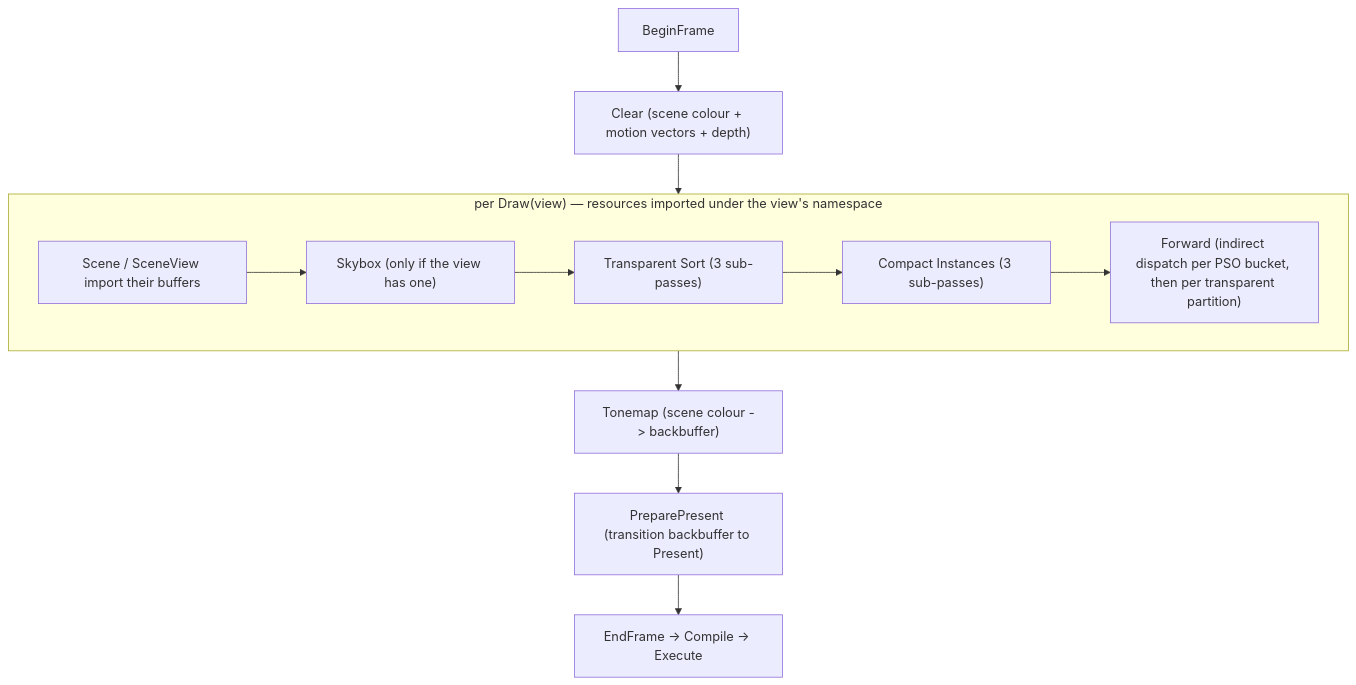
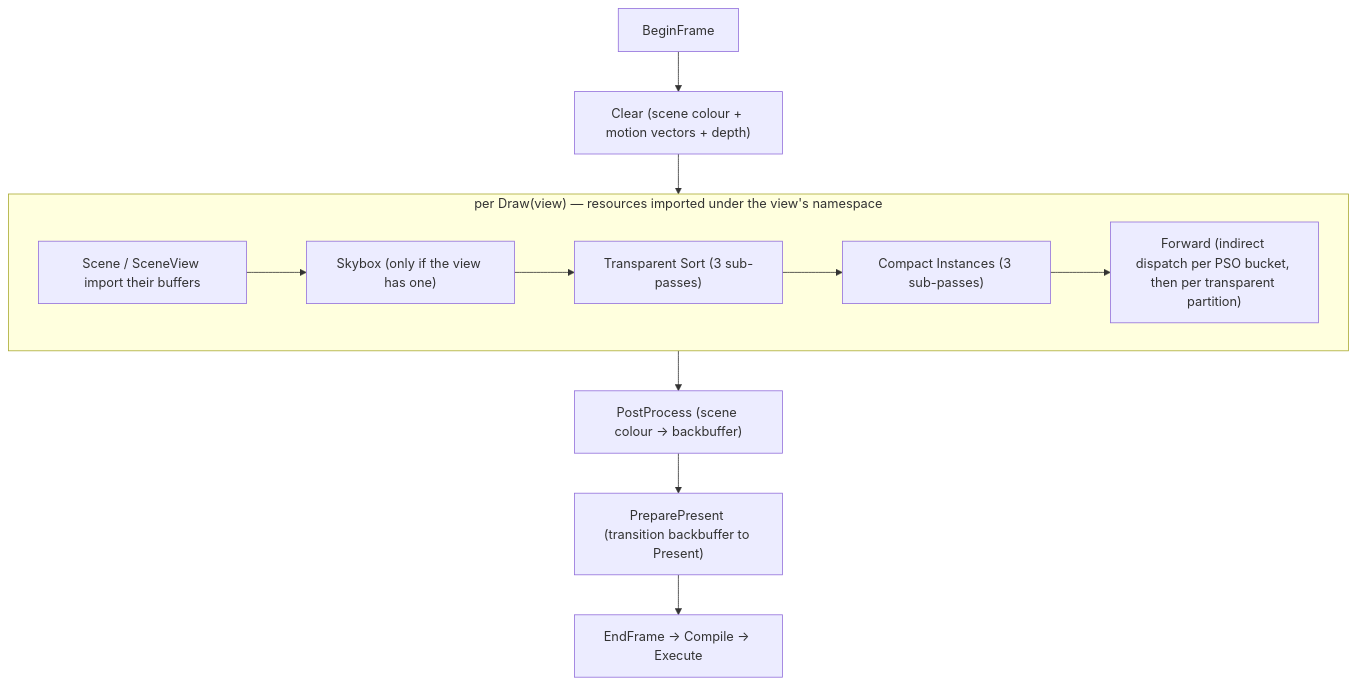
One commit to alexjiang200407/bernini changed the diagram in docs/passes.md. Above: the diagram before and after it, drawn with Mermaid. The commit also changed other lines of this file and 8 other files, not shown here.

First line of the commit message:
refactor(bgl): name the stage PostProcess, not Tonemap

````diff
--- a/docs/passes.md
+++ b/docs/passes.md
@@ -24,14 +24,14 @@
 ```mermaid
 flowchart TD
     BF["BeginFrame"] --> CLR["Clear (scene colour + motion vectors + depth)"]
     CLR --> D["per Draw(view)"]
     subgraph D["per Draw(view) — resources imported under the view's namespace"]
         IMP["Scene / SceneView import their buffers"] --> SKY["Skybox (only if the view has one)"]
         SKY --> TS["Transparent Sort (3 sub-passes)"]
         TS --> CI["Compact Instances (3 sub-passes)"]
         CI --> FWD["Forward (indirect dispatch per PSO bucket, then per transparent partition)"]
     end
-    D --> TM["Tonemap (scene colour -> backbuffer)"]
-    TM --> PP["PreparePresent (transition backbuffer to Present)"]
+    D --> PPX["PostProcess (scene colour -> backbuffer)"]
+    PPX --> PP["PreparePresent (transition backbuffer to Present)"]
     PP --> EF["EndFrame → Compile → Execute"]
 ```
````
